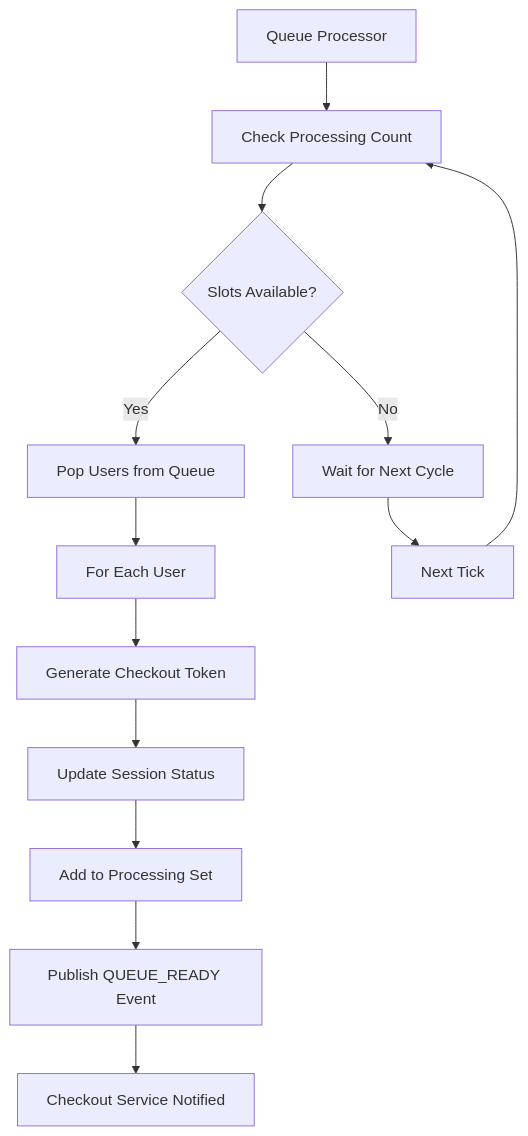
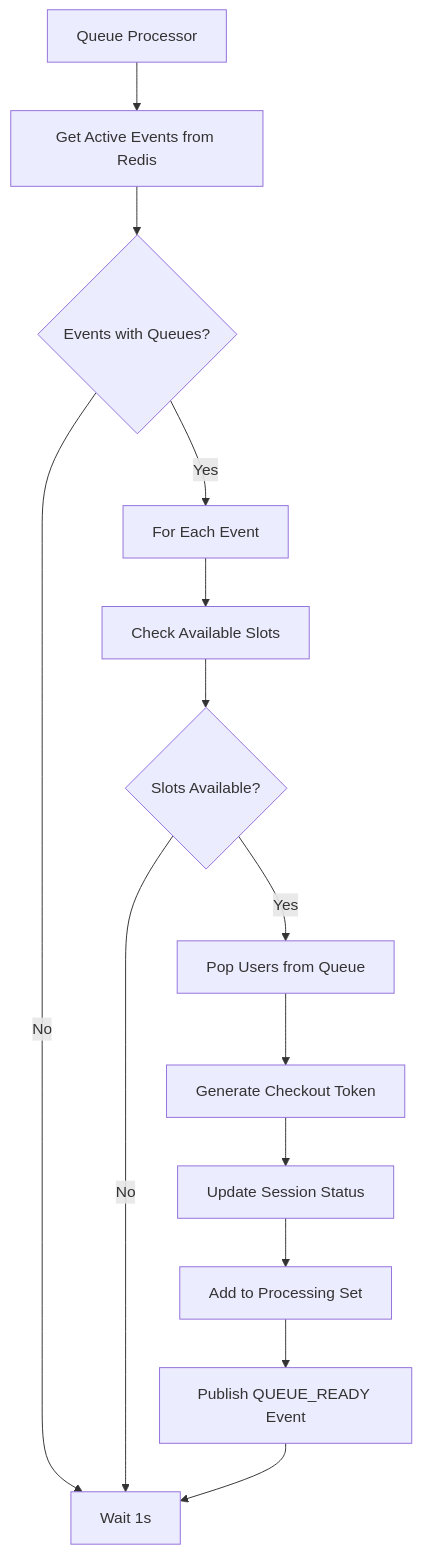
Before and after one commit to vogiaan1904/ticketbottle-waitroom: the diagram in QUEUE_PROCESSOR_GUIDE.md, drawn with Mermaid. The commit also changed other lines of this file and 11 other files, not shown here.

First line of the commit message:
feat: Add active events tracking and improve Redis integration

````diff
--- a/QUEUE_PROCESSOR_GUIDE.md
+++ b/QUEUE_PROCESSOR_GUIDE.md
@@ -9,15 +20,16 @@
 ```mermaid
 graph TB
-    A[Queue Processor] --> B[Check Processing Count]
-    B --> C{Slots Available?}
-    C -->|No| D[Wait for Next Cycle]
-    C -->|Yes| E[Pop Users from Queue]
-    E --> F[For Each User]
-    F --> G[Generate Checkout Token]
-    G --> H[Update Session Status]
-    H --> I[Add to Processing Set]
-    I --> J[Publish QUEUE_READY Event]
-    J --> K[Checkout Service Notified]
-    D --> L[Next Tick]
-    L --> B
+    A[Queue Processor] --> B[Get Active Events from Redis]
+    B --> C{Events with Queues?}
+    C -->|No| D[Wait 1s]
+    C -->|Yes| E[For Each Event]
+    E --> F[Check Available Slots]
+    F --> G{Slots Available?}
+    G -->|No| D
+    G -->|Yes| H[Pop Users from Queue]
+    H --> I[Generate Checkout Token]
+    I --> J[Update Session Status]
+    J --> K[Add to Processing Set]
+    K --> L[Publish QUEUE_READY Event]
+    L --> D
 ```
````
